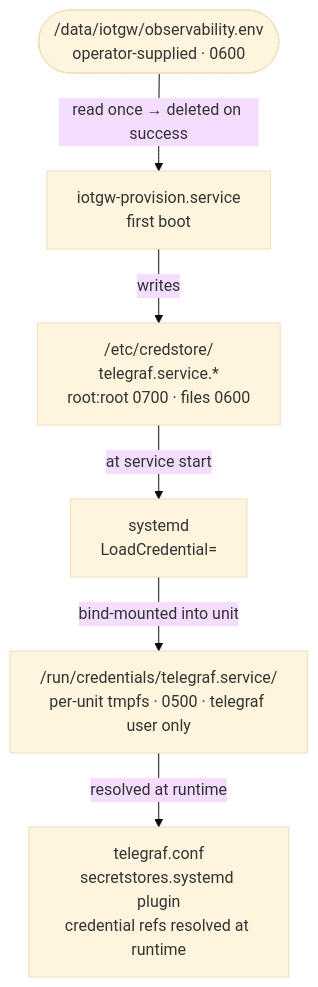
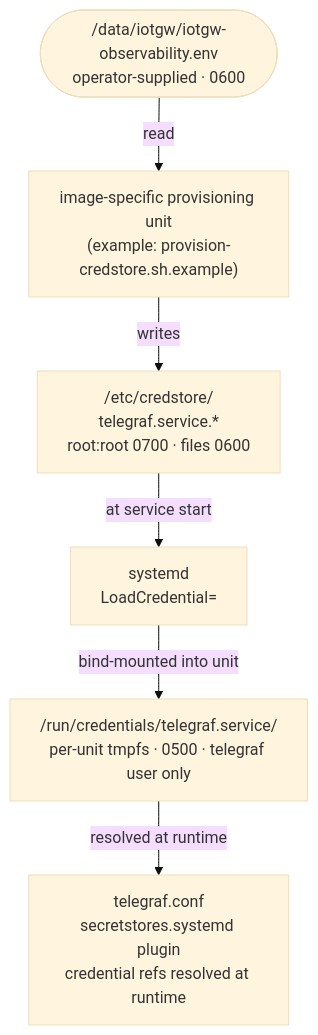
The second of 2 diagrams in docs/OBSERVABILITY.md (umair-as/rpi5-iot-gateway), drawn with Mermaid (base theme) before and after one commit. The commit also changed other lines of this file and 47 other files, not shown here.

First line of the commit message:
chore: retire on-image observability stack, split dev identity, ordering fixes (#90)

````diff
--- a/docs/OBSERVABILITY.md
+++ b/docs/OBSERVABILITY.md
@@ -136,15 +205,15 @@
 ```mermaid
 flowchart TD
-    env(["/data/iotgw/observability.env\noperator-supplied · 0600"])
-    prov["iotgw-provision.service\nfirst boot"]
+    env(["/data/iotgw/iotgw-observability.env\noperator-supplied · 0600"])
+    prov["image-specific provisioning unit\n(example: provision-credstore.sh.example)"]
     cred["/etc/credstore/\ntelegraf.service.*\nroot:root 0700 · files 0600"]
     sd["systemd\nLoadCredential="]
     run["/run/credentials/telegraf.service/\nper-unit tmpfs · 0500 · telegraf user only"]
     conf["telegraf.conf\nsecretstores.systemd plugin\ncredential refs resolved at runtime"]
 
-    env -->|"read once → deleted on success"| prov
+    env -->|"read"| prov
     prov -->|"writes"| cred
     cred -->|"at service start"| sd
     sd -->|"bind-mounted into unit"| run
     run -->|"resolved at runtime"| conf
 ```
````
